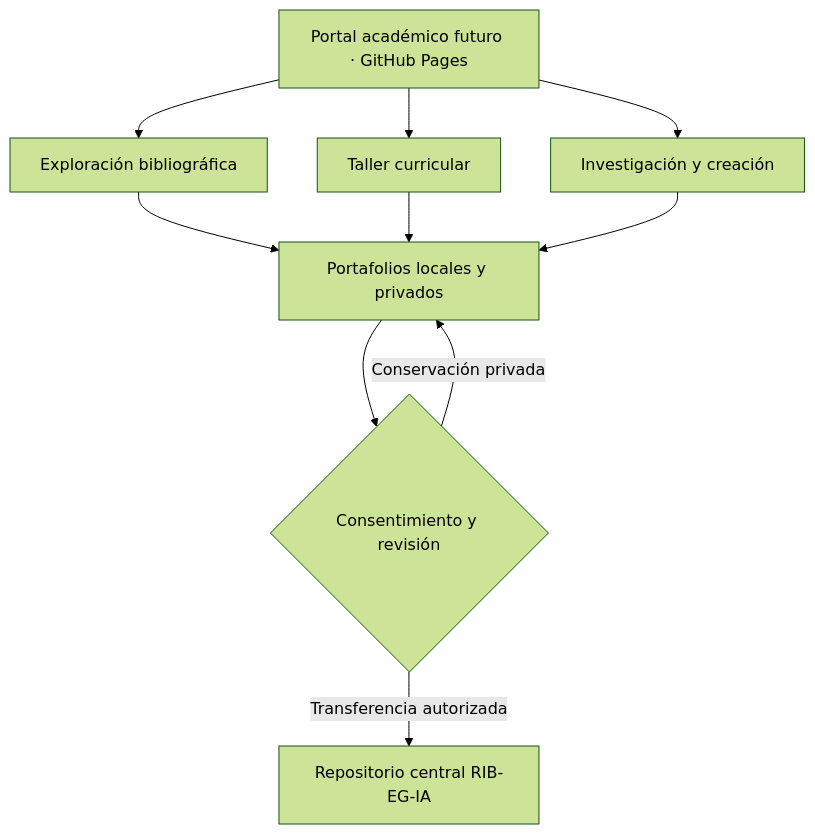
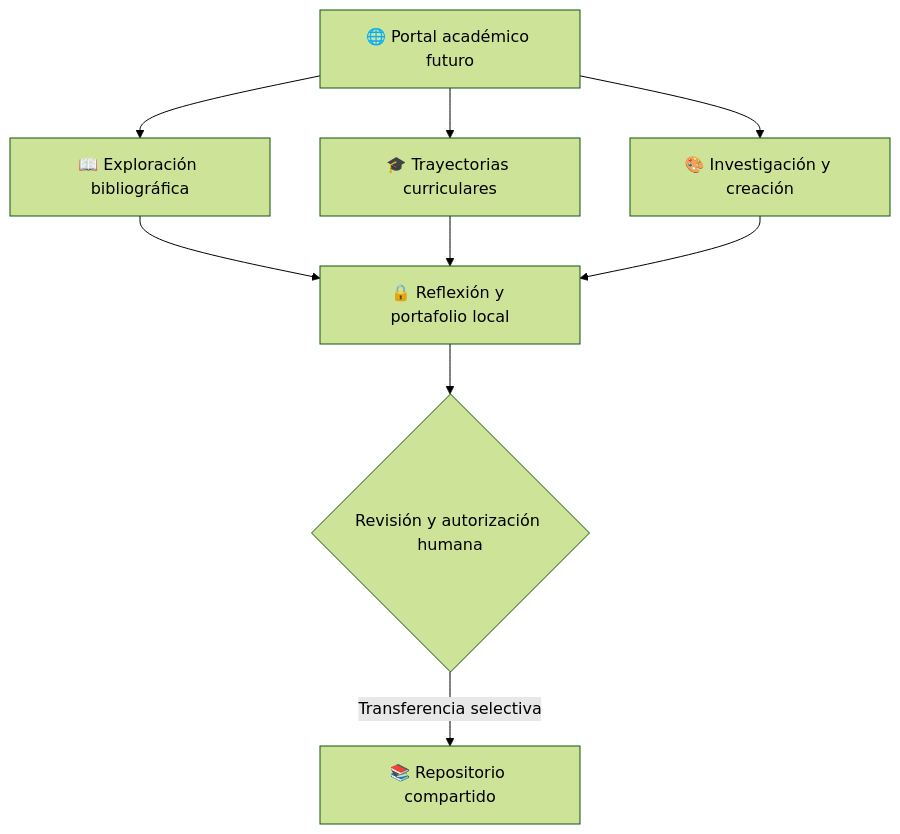
One commit to ricardojuanmorales/repositorio-institucional-eg-ia-1 changed the second of 2 diagrams in README.md. Above: the diagram before and after it, drawn with Mermaid (forest theme). The commit also changed other lines of this file, not shown here.

Commit message:
docs: portada pública ilustrada RIB-EG-IA preservando README anterior en 99 archivo

````diff
--- a/README.md
+++ b/README.md
@@ -149,12 +121,11 @@
 ```mermaid
 flowchart TB
-    H["Portal académico futuro · GitHub Pages"] --> B["Exploración bibliográfica"]
-    H --> C["Taller curricular"]
-    H --> D["Investigación y creación"]
-    B --> L["Portafolios locales y privados"]
-    C --> L
-    D --> L
-    L --> V{"Consentimiento y revisión"}
-    V -->|"Transferencia autorizada"| R["Repositorio central RIB-EG-IA"]
-    V -->|"Conservación privada"| L
+  P["🌐 Portal académico futuro"] --> B["📖 Exploración bibliográfica"]
+  P --> C["🎓 Trayectorias curriculares"]
+  P --> D["🎨 Investigación y creación"]
+  B --> L["🔒 Reflexión y portafolio local"]
+  C --> L
+  D --> L
+  L --> H{"Revisión y autorización humana"}
+  H -->|"Transferencia selectiva"| R["📚 Repositorio compartido"]
 ```
````
